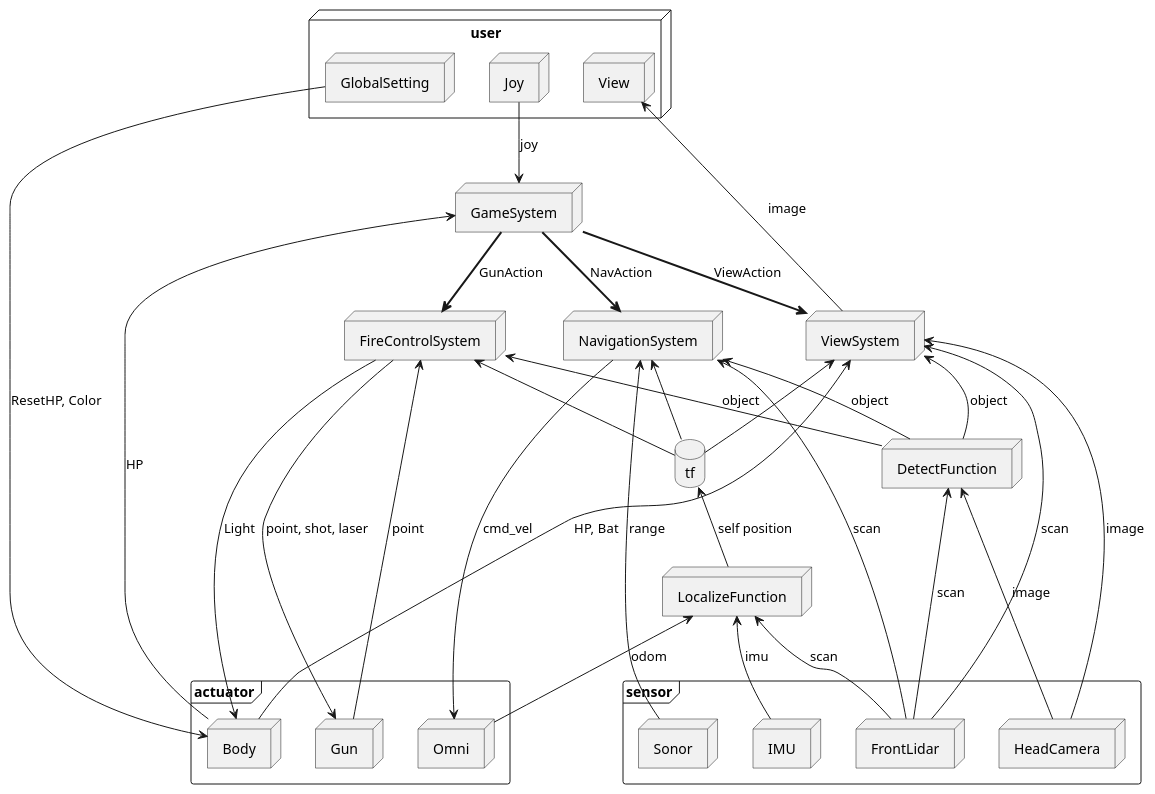
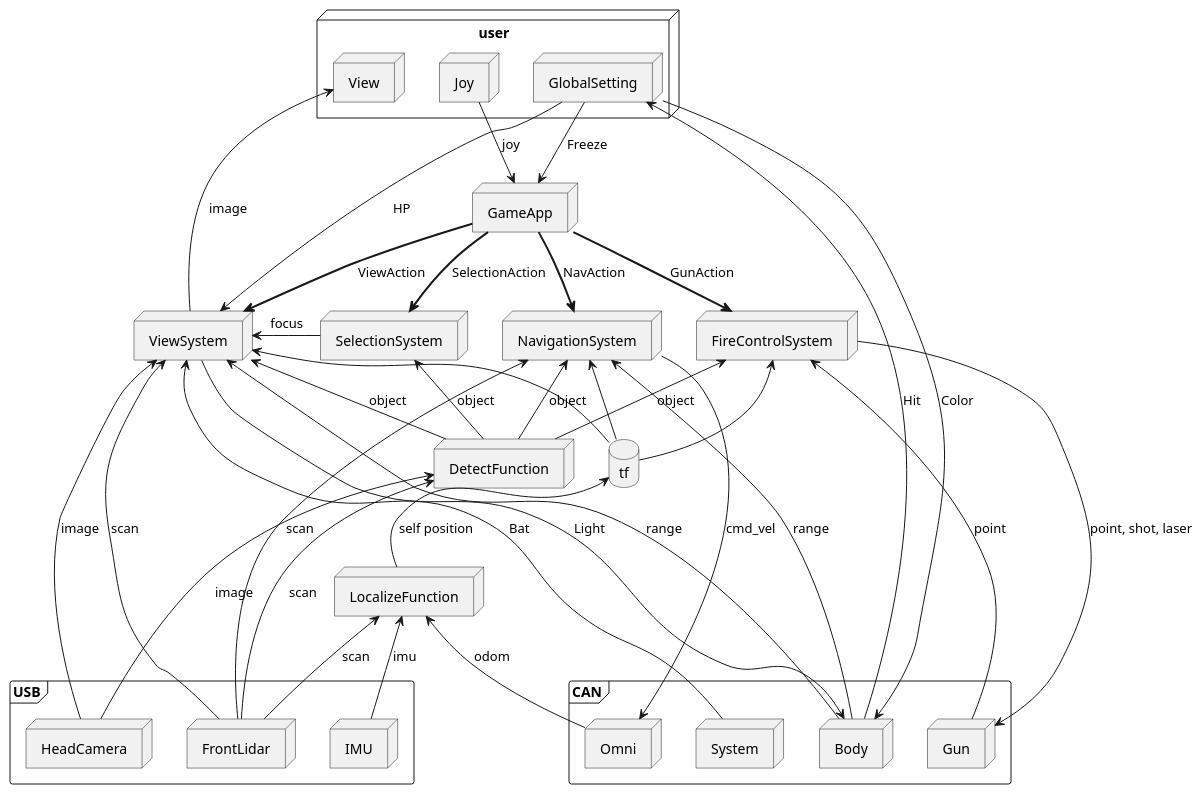
Before and after one commit to eriac/srs004_ros: the first of 3 diagrams in s4_description/resources/Design.md, drawn with PlantUML. The commit also changed other lines of this file and 46 other files, not shown here.

````diff
--- a/s4_description/resources/Design.md
+++ b/s4_description/resources/Design.md
@@ -5,60 +5,79 @@
 ```plantuml
 node user{
   node Joy
   node View
   node GlobalSetting
 }
 
-node GameSystem
+node GameApp
+
 node NavigationSystem
 node FireControlSystem
 node ViewSystem
+node SelectionSystem
 
 node LocalizeFunction
 node DetectFunction
 database tf
 
-Joy -d-> GameSystem: joy
+Joy -d-> GameApp: joy
 ViewSystem -u-> View: image
+GlobalSetting --> GameApp: Freeze
+GlobalSetting --> ViewSystem: HP
 
-GameSystem =d=> NavigationSystem: NavAction
-GameSystem =d=> FireControlSystem: GunAction
-GameSystem =d=> ViewSystem: ViewAction
+GameApp =d=> NavigationSystem: NavAction
+GameApp =d=> FireControlSystem: GunAction
+GameApp =d=> SelectionSystem: SelectionAction
+GameApp =d=> ViewSystem: ViewAction
 
 LocalizeFunction -u-> tf: self position
 tf -u-> NavigationSystem
 tf -u-> FireControlSystem
 tf -u-> ViewSystem
+
+SelectionSystem -l-> ViewSystem: focus
+
 DetectFunction -u-> NavigationSystem: object
 DetectFunction -u-> FireControlSystem: object
+DetectFunction -u-> SelectionSystem: object
 DetectFunction -u-> ViewSystem: object
+/'
+database objects
+DetectFunction -u-> objects
+objects -u-> NavigationSystem: object
+objects -u-> FireControlSystem: object
+objects -u-> SelectionSystem: object
+objects -u-> ViewSystem: object
+'/
 
-frame actuator {
+
+frame CAN {
   node Omni
   node Gun
   node Body
+  node System
 }
 NavigationSystem -d-> Omni: cmd_vel
 Omni -u-> LocalizeFunction: odom
 FireControlSystem -d-> Gun: point, shot, laser
 Gun -u-> FireControlSystem: point
-Body -u-> GameSystem: HP
-FireControlSystem -d-> Body: Light
-Body -u-> ViewSystem: HP, Bat
-GlobalSetting -d-> Body: ResetHP, Color
+Body -u-> GlobalSetting: Hit
+ViewSystem -d-> Body: Light
+System -u-> ViewSystem: Bat
+GlobalSetting -d-> Body: Color
+Body -u-> NavigationSystem: range
+Body -u-> ViewSystem: range
 
-frame sensor {
+frame USB {
   node HeadCamera
   node FrontLidar
   node IMU
-  node Sonor
 }
 FrontLidar -u-> NavigationSystem: scan
 FrontLidar -u-> LocalizeFunction: scan
 FrontLidar -u-> DetectFunction: scan
 FrontLidar -u-> ViewSystem: scan
 HeadCamera -u-> DetectFunction: image
 HeadCamera -u-> ViewSystem: image
 IMU -u-> LocalizeFunction: imu
-Sonor -u-> NavigationSystem: range
 ```
````
